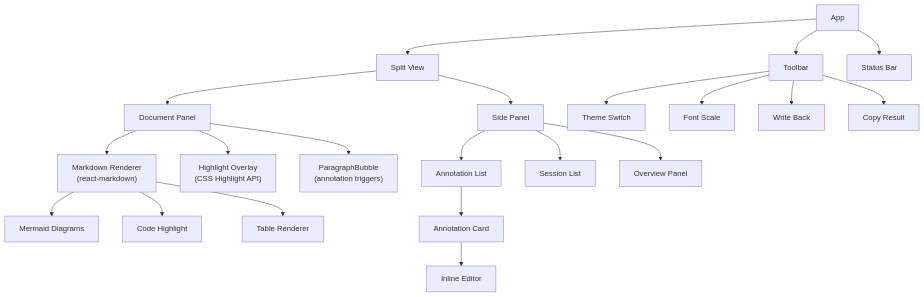
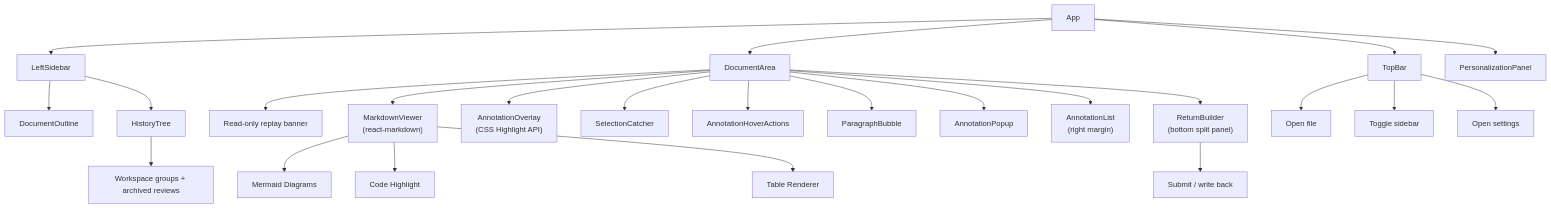
One commit to BobDLA/cliv changed the eighth of 22 diagrams in docs/demo/demo.md. Above: the diagram before and after it, drawn with Mermaid. The commit also changed other lines of this file and 44 other files, not shown here.

````diff
--- a/docs/demo/demo.md
+++ b/docs/demo/demo.md
@@ -538,29 +582,30 @@
 ```mermaid
 graph TD
-    APP["App"] --> TOOLBAR["Toolbar"]
-    APP --> SPLIT["Split View"]
-    APP --> STATUS["Status Bar"]
+    APP["App"] --> TOPBAR["TopBar"]
+    APP --> LEFT["LeftSidebar"]
+    APP --> DOC_AREA["DocumentArea"]
+    APP --> PREFS["PersonalizationPanel"]
 
-    SPLIT --> DOC_PANEL["Document Panel"]
-    SPLIT --> SIDE_PANEL["Side Panel"]
+    LEFT --> OUTLINE_TAB["DocumentOutline"]
+    LEFT --> HISTORY_TAB["HistoryTree"]
+    HISTORY_TAB --> HISTORY_GROUP["Workspace groups + archived reviews"]
 
-    DOC_PANEL --> MD_RENDERER["Markdown Renderer<br/>(react-markdown)"]
-    DOC_PANEL --> HIGHLIGHT["Highlight Overlay<br/>(CSS Highlight API)"]
-    DOC_PANEL --> BUBBLE["ParagraphBubble<br/>(annotation triggers)"]
+    DOC_AREA --> READONLY["Read-only replay banner"]
+    DOC_AREA --> MD_RENDERER["MarkdownViewer<br/>(react-markdown)"]
+    DOC_AREA --> OVERLAY["AnnotationOverlay<br/>(CSS Highlight API)"]
+    DOC_AREA --> SELECTION["SelectionCatcher"]
+    DOC_AREA --> HOVER["AnnotationHoverActions"]
+    DOC_AREA --> BUBBLE["ParagraphBubble"]
+    DOC_AREA --> POPUP["AnnotationPopup"]
+    DOC_AREA --> ANN_LIST["AnnotationList<br/>(right margin)"]
+    DOC_AREA --> RETURN["ReturnBuilder<br/>(bottom split panel)"]
 
     MD_RENDERER --> MERMAID["Mermaid Diagrams"]
     MD_RENDERER --> CODE_BLOCK["Code Highlight"]
     MD_RENDERER --> TABLE["Table Renderer"]
 
-    SIDE_PANEL --> ANN_LIST["Annotation List"]
-    SIDE_PANEL --> SESS_LIST["Session List"]
-    SIDE_PANEL --> OVERVIEW["Overview Panel"]
-
-    ANN_LIST --> ANN_CARD["Annotation Card"]
-    ANN_CARD --> ANN_EDITOR["Inline Editor"]
-
-    TOOLBAR --> THEME_BTN["Theme Switch"]
-    TOOLBAR --> FONT_BTN["Font Scale"]
-    TOOLBAR --> WRITE_BTN["Write Back"]
-    TOOLBAR --> COPY_BTN["Copy Result"]
+    TOPBAR --> FILE_BTN["Open file"]
+    TOPBAR --> SIDEBAR_BTN["Toggle sidebar"]
+    TOPBAR --> SETTINGS_BTN["Open settings"]
+    RETURN --> SUBMIT_BTN["Submit / write back"]
 ```
````
